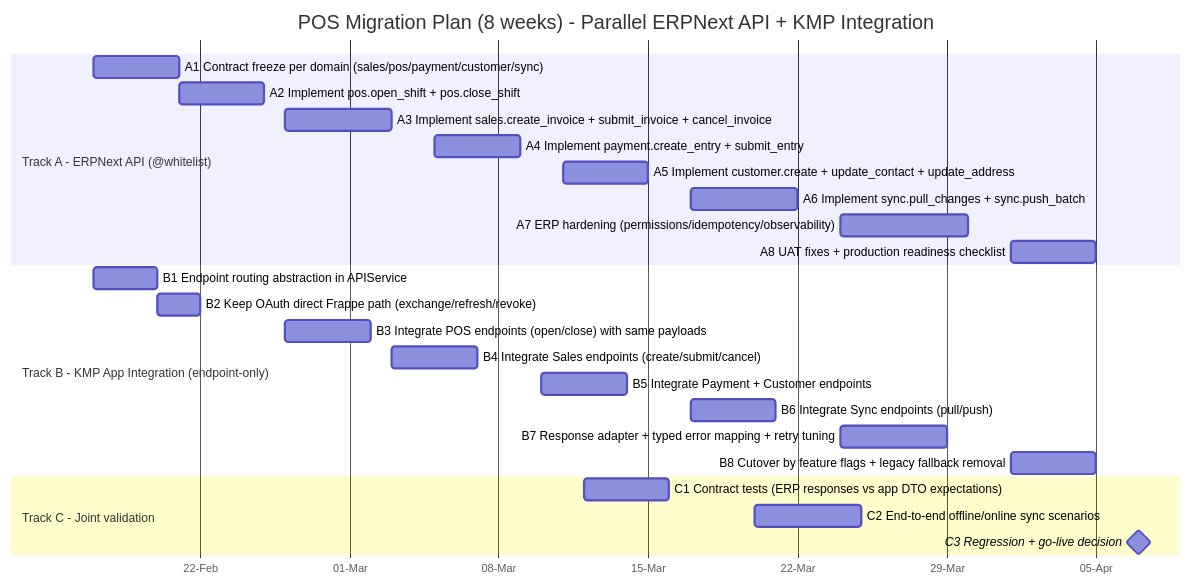
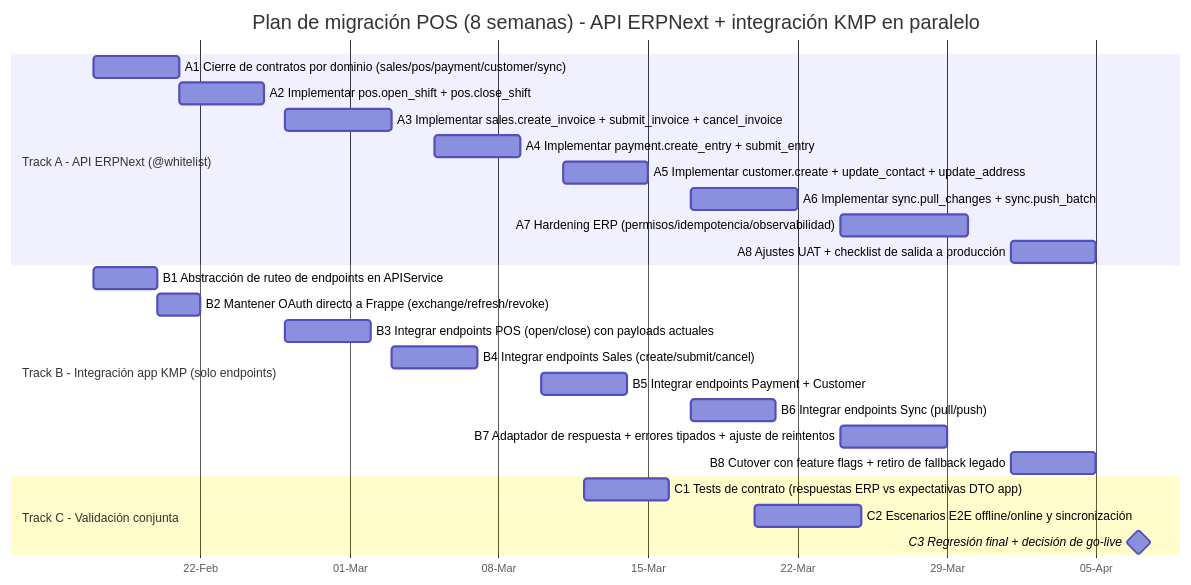
One commit to Star-DreamDev/BlackPOS changed the diagram in docs/modulos_cronograma_api_whitelisted.md. Above: the diagram before and after it, drawn with Mermaid. The commit also changed other lines of this file, not shown here.

Commit message:
docs: translate migration plan to Spanish

````diff
--- a/docs/modulos_cronograma_api_whitelisted.md
+++ b/docs/modulos_cronograma_api_whitelisted.md
@@ -49,31 +49,31 @@
 ```mermaid
 gantt
-    title POS Migration Plan (8 weeks) - Parallel ERPNext API + KMP Integration
+    title Plan de migración POS (8 semanas) - API ERPNext + integración KMP en paralelo
     dateFormat  YYYY-MM-DD
     axisFormat  %d-%b
 
-    section Track A - ERPNext API (@whitelist)
-    A1 Contract freeze per domain (sales/pos/payment/customer/sync)     :a1, 2026-02-17, 4d
-    A2 Implement pos.open_shift + pos.close_shift                       :a2, after a1, 4d
-    A3 Implement sales.create_invoice + submit_invoice + cancel_invoice :a3, 2026-02-26, 5d
-    A4 Implement payment.create_entry + submit_entry                    :a4, 2026-03-05, 4d
-    A5 Implement customer.create + update_contact + update_address      :a5, 2026-03-11, 4d
-    A6 Implement sync.pull_changes + sync.push_batch                    :a6, 2026-03-17, 5d
-    A7 ERP hardening (permissions/idempotency/observability)            :a7, 2026-03-24, 6d
-    A8 UAT fixes + production readiness checklist                        :a8, 2026-04-01, 4d
+    section Track A - API ERPNext (@whitelist)
+    A1 Cierre de contratos por dominio (sales/pos/payment/customer/sync) :a1, 2026-02-17, 4d
+    A2 Implementar pos.open_shift + pos.close_shift                      :a2, after a1, 4d
+    A3 Implementar sales.create_invoice + submit_invoice + cancel_invoice:a3, 2026-02-26, 5d
+    A4 Implementar payment.create_entry + submit_entry                   :a4, 2026-03-05, 4d
+    A5 Implementar customer.create + update_contact + update_address     :a5, 2026-03-11, 4d
+    A6 Implementar sync.pull_changes + sync.push_batch                   :a6, 2026-03-17, 5d
+    A7 Hardening ERP (permisos/idempotencia/observabilidad)              :a7, 2026-03-24, 6d
+    A8 Ajustes UAT + checklist de salida a producción                    :a8, 2026-04-01, 4d
 
-    section Track B - KMP App Integration (endpoint-only)
-    B1 Endpoint routing abstraction in APIService                        :b1, 2026-02-17, 3d
-    B2 Keep OAuth direct Frappe path (exchange/refresh/revoke)          :b2, after b1, 2d
-    B3 Integrate POS endpoints (open/close) with same payloads          :b3, 2026-02-26, 4d
-    B4 Integrate Sales endpoints (create/submit/cancel)                 :b4, 2026-03-03, 4d
-    B5 Integrate Payment + Customer endpoints                           :b5, 2026-03-10, 4d
-    B6 Integrate Sync endpoints (pull/push)                             :b6, 2026-03-17, 4d
-    B7 Response adapter + typed error mapping + retry tuning            :b7, 2026-03-24, 5d
-    B8 Cutover by feature flags + legacy fallback removal               :b8, 2026-04-01, 4d
+    section Track B - Integración app KMP (solo endpoints)
+    B1 Abstracción de ruteo de endpoints en APIService                   :b1, 2026-02-17, 3d
+    B2 Mantener OAuth directo a Frappe (exchange/refresh/revoke)         :b2, after b1, 2d
+    B3 Integrar endpoints POS (open/close) con payloads actuales         :b3, 2026-02-26, 4d
+    B4 Integrar endpoints Sales (create/submit/cancel)                   :b4, 2026-03-03, 4d
+    B5 Integrar endpoints Payment + Customer                             :b5, 2026-03-10, 4d
+    B6 Integrar endpoints Sync (pull/push)                               :b6, 2026-03-17, 4d
+    B7 Adaptador de respuesta + errores tipados + ajuste de reintentos   :b7, 2026-03-24, 5d
+    B8 Cutover con feature flags + retiro de fallback legado             :b8, 2026-04-01, 4d
 
-    section Track C - Joint validation
-    C1 Contract tests (ERP responses vs app DTO expectations)           :c1, 2026-03-12, 4d
-    C2 End-to-end offline/online sync scenarios                         :c2, 2026-03-20, 5d
-    C3 Regression + go-live decision                                    :milestone, c3, 2026-04-07, 0d
+    section Track C - Validación conjunta
+    C1 Tests de contrato (respuestas ERP vs expectativas DTO app)        :c1, 2026-03-12, 4d
+    C2 Escenarios E2E offline/online y sincronización                    :c2, 2026-03-20, 5d
+    C3 Regresión final + decisión de go-live                             :milestone, c3, 2026-04-07, 0d
 ```
````
